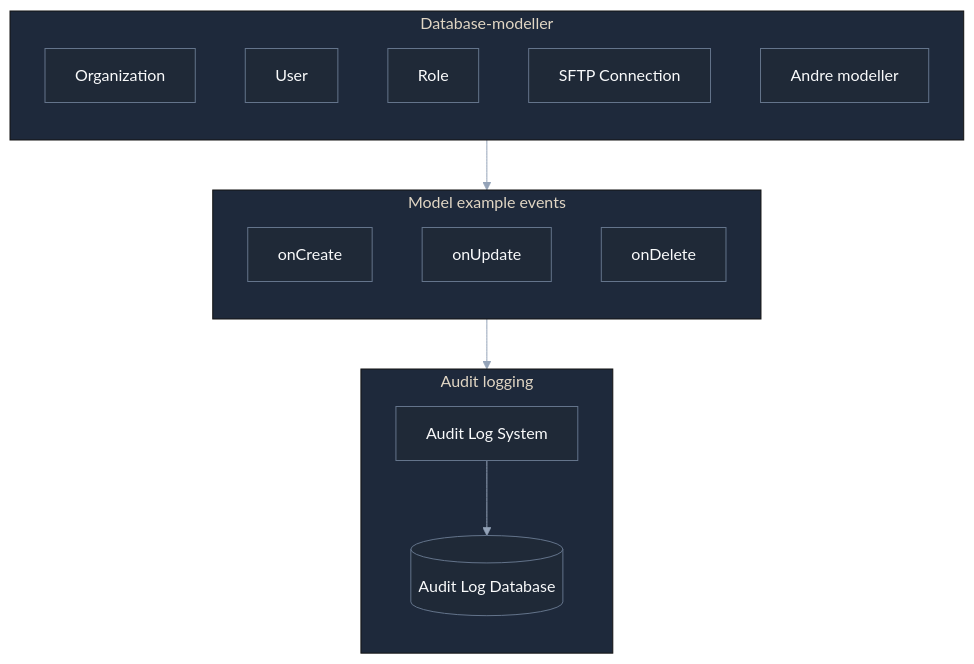
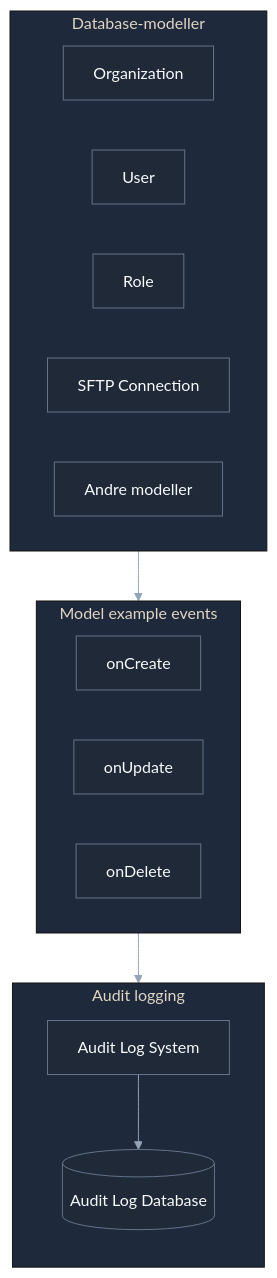
One commit to Fileodon/Diagram changed the diagram in audit_logs.md. Above: the diagram before and after it, drawn with Mermaid.

````diff
--- a/audit_logs.md
+++ b/audit_logs.md
@@ -1,45 +1,45 @@
 ```mermaid
 %%{init: {
   "theme": "base",
   "themeVariables": {
     "background": "#111827",
     "mainBkg": "#1F2937",
     "primaryColor": "#273449",
     "primaryTextColor": "#F9FAFB",
     "primaryBorderColor": "#64748B",
     "secondaryColor": "#263449",
     "secondaryTextColor": "#E5E7EB",
     "secondaryBorderColor": "#64748B",
     "tertiaryColor": "#1E293B",
     "lineColor": "#94A3B8",
     "textColor": "#F3F4F6"
   }
 }}%%
 flowchart TD
     subgraph Models["Database-modeller"]
-        direction TD
+        direction LR
         A["Organization"]
         B["User"]
         C["Role"]
         D["SFTP Connection"]
         E["Andre modeller"]
     end
 
     subgraph Events["Model example events"]
-        direction TD
+        direction LR
         F["onCreate"]
         G["onUpdate"]
         H["onDelete"]
     end
 
     subgraph Audit["Audit logging"]
-        direction TB
+        direction TD
         I["Audit Log System"]
         J[("Audit Log Database")]
         I --> J
     end
 
     Models --> Events
     Events --> Audit
 
 ```
````
